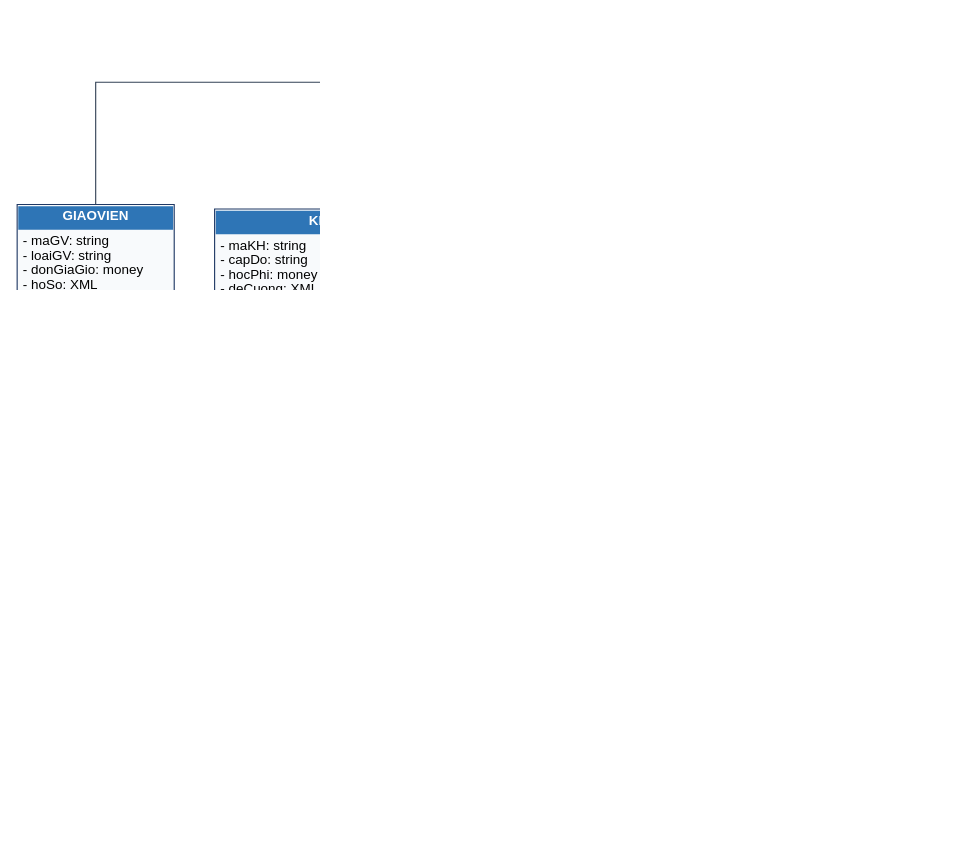
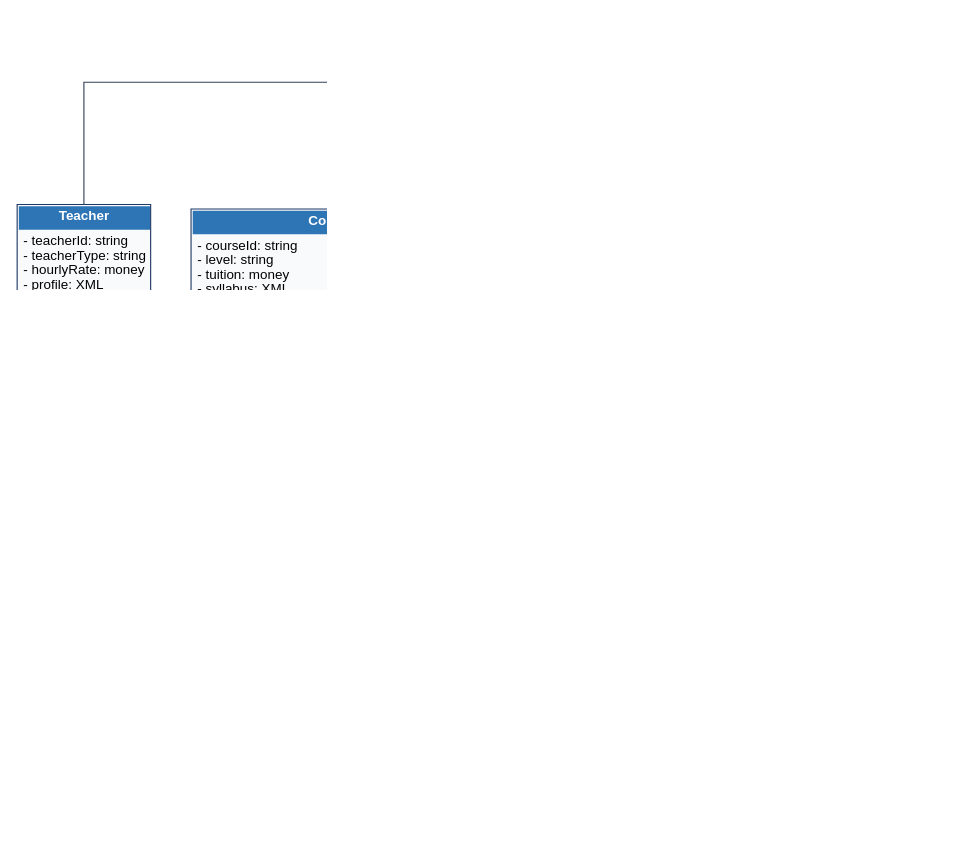
One commit to nhutruong-uit/imcp changed the diagram in docs/report/diagrams/cd_lop.dot. Above: the diagram before and after it, drawn with Graphviz. The commit also changed 78 other files, not shown here.

```diff
--- a/docs/report/diagrams/cd_lop.dot
+++ b/docs/report/diagrams/cd_lop.dot
@@ -1,58 +1,58 @@
 // Mô hình CD (UML Class Diagram) - mức quan niệm hướng đối tượng
 digraph CD {
   graph [rankdir=BT, splines=ortho, nodesep=0.5, ranksep=0.7, fontname="Arial", dpi=220, pad=0.2];
   node  [shape=plain, fontname="Arial", fontsize=12];
   edge  [fontname="Arial", fontsize=11, color="#334155"];
 
-  NGUOI [label=<<TABLE BORDER="1" CELLBORDER="0" CELLSPACING="0" CELLPADDING="4" BGCOLOR="#F8FAFC" COLOR="#1F3864">
-    <TR><TD BGCOLOR="#1F3864"><FONT COLOR="white"><I><B>NGUOI</B></I> (trừu tượng)</FONT></TD></TR>
-    <TR><TD ALIGN="LEFT"># hoTen: string<BR ALIGN="LEFT"/># ngaySinh: date<BR ALIGN="LEFT"/># gioiTinh: string<BR ALIGN="LEFT"/># soDienThoai: string<BR ALIGN="LEFT"/># email: string<BR ALIGN="LEFT"/></TD></TR>
-    <TR><TD ALIGN="LEFT">+ tuoi(ngay): int<BR ALIGN="LEFT"/></TD></TR></TABLE>>];
-  HOCVIEN [label=<<TABLE BORDER="1" CELLBORDER="0" CELLSPACING="0" CELLPADDING="4" BGCOLOR="#F8FAFC" COLOR="#1F3864">
-    <TR><TD BGCOLOR="#2E75B6"><FONT COLOR="white"><B>HOCVIEN</B></FONT></TD></TR>
-    <TR><TD ALIGN="LEFT">- maHV: string<BR ALIGN="LEFT"/>- tenPhuHuynh: string<BR ALIGN="LEFT"/>- sdtPhuHuynh: string<BR ALIGN="LEFT"/>- trangThai: string<BR ALIGN="LEFT"/></TD></TR>
-    <TR><TD ALIGN="LEFT">+ ghiDanh(lop)<BR ALIGN="LEFT"/>+ congNo(): money<BR ALIGN="LEFT"/>+ canPhuHuynh(): bool<BR ALIGN="LEFT"/></TD></TR></TABLE>>];
-  GIAOVIEN [label=<<TABLE BORDER="1" CELLBORDER="0" CELLSPACING="0" CELLPADDING="4" BGCOLOR="#F8FAFC" COLOR="#1F3864">
-    <TR><TD BGCOLOR="#2E75B6"><FONT COLOR="white"><B>GIAOVIEN</B></FONT></TD></TR>
-    <TR><TD ALIGN="LEFT">- maGV: string<BR ALIGN="LEFT"/>- loaiGV: string<BR ALIGN="LEFT"/>- donGiaGio: money<BR ALIGN="LEFT"/>- hoSo: XML<BR ALIGN="LEFT"/></TD></TR>
-    <TR><TD ALIGN="LEFT">+ lichDay(tu, den)<BR ALIGN="LEFT"/>+ tinhLuong(thang, nam)<BR ALIGN="LEFT"/></TD></TR></TABLE>>];
-  NHANVIEN [label=<<TABLE BORDER="1" CELLBORDER="0" CELLSPACING="0" CELLPADDING="4" BGCOLOR="#F8FAFC" COLOR="#1F3864">
-    <TR><TD BGCOLOR="#2E75B6"><FONT COLOR="white"><B>NHANVIEN</B></FONT></TD></TR>
-    <TR><TD ALIGN="LEFT">- maNV: string<BR ALIGN="LEFT"/>- chucVu: string<BR ALIGN="LEFT"/>- luongCoBan: money<BR ALIGN="LEFT"/></TD></TR>
-    <TR><TD ALIGN="LEFT">+ lapPhieuThu(...)<BR ALIGN="LEFT"/></TD></TR></TABLE>>];
-  LOPHOC [label=<<TABLE BORDER="1" CELLBORDER="0" CELLSPACING="0" CELLPADDING="4" BGCOLOR="#F8FAFC" COLOR="#1F3864">
-    <TR><TD BGCOLOR="#2E75B6"><FONT COLOR="white"><B>LOPHOC</B></FONT></TD></TR>
-    <TR><TD ALIGN="LEFT">- maLop: string<BR ALIGN="LEFT"/>- ngayKhaiGiang: date<BR ALIGN="LEFT"/>- siSoToiDa: int<BR ALIGN="LEFT"/>- lichHoc: set(LichHoc)<BR ALIGN="LEFT"/></TD></TR>
-    <TR><TD ALIGN="LEFT">+ taoBuoiHoc()<BR ALIGN="LEFT"/>+ xetKetQua()<BR ALIGN="LEFT"/>+ siSoHienTai(): int<BR ALIGN="LEFT"/></TD></TR></TABLE>>];
-  KHOAHOC [label=<<TABLE BORDER="1" CELLBORDER="0" CELLSPACING="0" CELLPADDING="4" BGCOLOR="#F8FAFC" COLOR="#1F3864">
-    <TR><TD BGCOLOR="#2E75B6"><FONT COLOR="white"><B>KHOAHOC</B></FONT></TD></TR>
-    <TR><TD ALIGN="LEFT">- maKH: string<BR ALIGN="LEFT"/>- capDo: string<BR ALIGN="LEFT"/>- hocPhi: money<BR ALIGN="LEFT"/>- deCuong: XML<BR ALIGN="LEFT"/>- tienQuyet: KHOAHOC [0..1]<BR ALIGN="LEFT"/>- thanhPhanDiem: set(tuple(ten, trongSo))<BR ALIGN="LEFT"/></TD></TR></TABLE>>];
-  GHIDANH [label=<<TABLE BORDER="1" CELLBORDER="0" CELLSPACING="0" CELLPADDING="4" BGCOLOR="#EEF2FF" COLOR="#1F3864">
-    <TR><TD BGCOLOR="#4F46E5"><FONT COLOR="white"><B>GHIDANH</B> (lớp liên kết)</FONT></TD></TR>
-    <TR><TD ALIGN="LEFT">- maGD: string<BR ALIGN="LEFT"/>- hocPhiPhaiDong: money<BR ALIGN="LEFT"/>- /daDong: money<BR ALIGN="LEFT"/>- ketQua: string<BR ALIGN="LEFT"/></TD></TR>
-    <TR><TD ALIGN="LEFT">+ thuHocPhi(soTien)<BR ALIGN="LEFT"/>+ diemTongKet(): decimal<BR ALIGN="LEFT"/>+ chuyenLop(lopMoi)<BR ALIGN="LEFT"/></TD></TR></TABLE>>];
-  PHIEUTHU [label=<<TABLE BORDER="1" CELLBORDER="0" CELLSPACING="0" CELLPADDING="4" BGCOLOR="#F8FAFC" COLOR="#1F3864">
-    <TR><TD BGCOLOR="#2E75B6"><FONT COLOR="white"><B>PHIEUTHU</B></FONT></TD></TR>
-    <TR><TD ALIGN="LEFT">- maPT, ngayThu, soTien, hinhThuc<BR ALIGN="LEFT"/></TD></TR>
-    <TR><TD ALIGN="LEFT">+ huy(lyDo)<BR ALIGN="LEFT"/></TD></TR></TABLE>>];
-  BUOIHOC [label=<<TABLE BORDER="1" CELLBORDER="0" CELLSPACING="0" CELLPADDING="4" BGCOLOR="#F8FAFC" COLOR="#1F3864">
-    <TR><TD BGCOLOR="#2E75B6"><FONT COLOR="white"><B>BUOIHOC</B></FONT></TD></TR>
-    <TR><TD ALIGN="LEFT">- stt, ngayHoc, gio, trangThai<BR ALIGN="LEFT"/>- diemDanh: set(tuple(hocVien, trangThai))<BR ALIGN="LEFT"/></TD></TR></TABLE>>];
-  CHINHANH [label=<<TABLE BORDER="1" CELLBORDER="0" CELLSPACING="0" CELLPADDING="4" BGCOLOR="#F8FAFC" COLOR="#1F3864">
-    <TR><TD BGCOLOR="#2E75B6"><FONT COLOR="white"><B>CHINHANH</B></FONT></TD></TR>
-    <TR><TD ALIGN="LEFT">- maCN, tenCN, diaChi<BR ALIGN="LEFT"/>- phongHoc: set(PhongHoc)<BR ALIGN="LEFT"/></TD></TR></TABLE>>];
+  PERSON [label=<<TABLE BORDER="1" CELLBORDER="0" CELLSPACING="0" CELLPADDING="4" BGCOLOR="#F8FAFC" COLOR="#1F3864">
+    <TR><TD BGCOLOR="#1F3864"><FONT COLOR="white"><I><B>Person</B></I> (trừu tượng)</FONT></TD></TR>
+    <TR><TD ALIGN="LEFT"># fullName: string<BR ALIGN="LEFT"/># dateOfBirth: date<BR ALIGN="LEFT"/># gender: string<BR ALIGN="LEFT"/># phone: string<BR ALIGN="LEFT"/># email: string<BR ALIGN="LEFT"/></TD></TR>
+    <TR><TD ALIGN="LEFT">+ age(date): int<BR ALIGN="LEFT"/></TD></TR></TABLE>>];
+  STUDENT [label=<<TABLE BORDER="1" CELLBORDER="0" CELLSPACING="0" CELLPADDING="4" BGCOLOR="#F8FAFC" COLOR="#1F3864">
+    <TR><TD BGCOLOR="#2E75B6"><FONT COLOR="white"><B>Student</B></FONT></TD></TR>
+    <TR><TD ALIGN="LEFT">- studentId: string<BR ALIGN="LEFT"/>- guardianName: string<BR ALIGN="LEFT"/>- guardianPhone: string<BR ALIGN="LEFT"/>- status: string<BR ALIGN="LEFT"/></TD></TR>
+    <TR><TD ALIGN="LEFT">+ enroll(class)<BR ALIGN="LEFT"/>+ balance(): money<BR ALIGN="LEFT"/>+ needsGuardian(): bool<BR ALIGN="LEFT"/></TD></TR></TABLE>>];
+  TEACHER [label=<<TABLE BORDER="1" CELLBORDER="0" CELLSPACING="0" CELLPADDING="4" BGCOLOR="#F8FAFC" COLOR="#1F3864">
+    <TR><TD BGCOLOR="#2E75B6"><FONT COLOR="white"><B>Teacher</B></FONT></TD></TR>
+    <TR><TD ALIGN="LEFT">- teacherId: string<BR ALIGN="LEFT"/>- teacherType: string<BR ALIGN="LEFT"/>- hourlyRate: money<BR ALIGN="LEFT"/>- profile: XML<BR ALIGN="LEFT"/></TD></TR>
+    <TR><TD ALIGN="LEFT">+ schedule(from, to)<BR ALIGN="LEFT"/>+ pay(month, year)<BR ALIGN="LEFT"/></TD></TR></TABLE>>];
+  EMPLOYEE [label=<<TABLE BORDER="1" CELLBORDER="0" CELLSPACING="0" CELLPADDING="4" BGCOLOR="#F8FAFC" COLOR="#1F3864">
+    <TR><TD BGCOLOR="#2E75B6"><FONT COLOR="white"><B>Employee</B></FONT></TD></TR>
+    <TR><TD ALIGN="LEFT">- employeeId: string<BR ALIGN="LEFT"/>- position: string<BR ALIGN="LEFT"/>- baseSalary: money<BR ALIGN="LEFT"/></TD></TR>
+    <TR><TD ALIGN="LEFT">+ issueReceipt(...)<BR ALIGN="LEFT"/></TD></TR></TABLE>>];
+  CLASS [label=<<TABLE BORDER="1" CELLBORDER="0" CELLSPACING="0" CELLPADDING="4" BGCOLOR="#F8FAFC" COLOR="#1F3864">
+    <TR><TD BGCOLOR="#2E75B6"><FONT COLOR="white"><B>Class</B></FONT></TD></TR>
+    <TR><TD ALIGN="LEFT">- classId: string<BR ALIGN="LEFT"/>- startDate: date<BR ALIGN="LEFT"/>- maxStudents: int<BR ALIGN="LEFT"/>- schedule: set(tuple(weekday, startTime, endTime))<BR ALIGN="LEFT"/></TD></TR>
+    <TR><TD ALIGN="LEFT">+ generateSessions()<BR ALIGN="LEFT"/>+ evaluateResults()<BR ALIGN="LEFT"/>+ enrolledCount(): int<BR ALIGN="LEFT"/></TD></TR></TABLE>>];
+  COURSE [label=<<TABLE BORDER="1" CELLBORDER="0" CELLSPACING="0" CELLPADDING="4" BGCOLOR="#F8FAFC" COLOR="#1F3864">
+    <TR><TD BGCOLOR="#2E75B6"><FONT COLOR="white"><B>Course</B></FONT></TD></TR>
+    <TR><TD ALIGN="LEFT">- courseId: string<BR ALIGN="LEFT"/>- level: string<BR ALIGN="LEFT"/>- tuition: money<BR ALIGN="LEFT"/>- syllabus: XML<BR ALIGN="LEFT"/>- prerequisite: Course [0..1]<BR ALIGN="LEFT"/>- gradeComponents: set(tuple(name, weight))<BR ALIGN="LEFT"/></TD></TR></TABLE>>];
+  ENROLLMENT [label=<<TABLE BORDER="1" CELLBORDER="0" CELLSPACING="0" CELLPADDING="4" BGCOLOR="#EEF2FF" COLOR="#1F3864">
+    <TR><TD BGCOLOR="#4F46E5"><FONT COLOR="white"><B>Enrollment</B> (lớp liên kết)</FONT></TD></TR>
+    <TR><TD ALIGN="LEFT">- enrollmentId: string<BR ALIGN="LEFT"/>- tuitionDue: money<BR ALIGN="LEFT"/>- /amountPaid: money<BR ALIGN="LEFT"/>- result: string<BR ALIGN="LEFT"/></TD></TR>
+    <TR><TD ALIGN="LEFT">+ pay(amount)<BR ALIGN="LEFT"/>+ finalGrade(): decimal<BR ALIGN="LEFT"/>+ transfer(newClass)<BR ALIGN="LEFT"/></TD></TR></TABLE>>];
+  RECEIPT [label=<<TABLE BORDER="1" CELLBORDER="0" CELLSPACING="0" CELLPADDING="4" BGCOLOR="#F8FAFC" COLOR="#1F3864">
+    <TR><TD BGCOLOR="#2E75B6"><FONT COLOR="white"><B>Receipt</B></FONT></TD></TR>
+    <TR><TD ALIGN="LEFT">- receiptId, paidAt, amount, paymentMethod<BR ALIGN="LEFT"/></TD></TR>
+    <TR><TD ALIGN="LEFT">+ cancel(reason)<BR ALIGN="LEFT"/></TD></TR></TABLE>>];
+  CLASS_SESSION [label=<<TABLE BORDER="1" CELLBORDER="0" CELLSPACING="0" CELLPADDING="4" BGCOLOR="#F8FAFC" COLOR="#1F3864">
+    <TR><TD BGCOLOR="#2E75B6"><FONT COLOR="white"><B>ClassSession</B></FONT></TD></TR>
+    <TR><TD ALIGN="LEFT">- sessionNo, sessionDate, time, status<BR ALIGN="LEFT"/>- attendance: set(tuple(student, status))<BR ALIGN="LEFT"/></TD></TR></TABLE>>];
+  BRANCH [label=<<TABLE BORDER="1" CELLBORDER="0" CELLSPACING="0" CELLPADDING="4" BGCOLOR="#F8FAFC" COLOR="#1F3864">
+    <TR><TD BGCOLOR="#2E75B6"><FONT COLOR="white"><B>Branch</B></FONT></TD></TR>
+    <TR><TD ALIGN="LEFT">- branchId, branchName, address<BR ALIGN="LEFT"/>- rooms: set(Room)<BR ALIGN="LEFT"/></TD></TR></TABLE>>];
 
   // Kế thừa (tổng quát hóa)
-  HOCVIEN -> NGUOI [arrowhead=empty, arrowsize=1.3];
-  GIAOVIEN -> NGUOI [arrowhead=empty, arrowsize=1.3];
-  NHANVIEN -> NGUOI [arrowhead=empty, arrowsize=1.3];
+  STUDENT -> PERSON [arrowhead=empty, arrowsize=1.3];
+  TEACHER -> PERSON [arrowhead=empty, arrowsize=1.3];
+  EMPLOYEE -> PERSON [arrowhead=empty, arrowsize=1.3];
 
   // Kết hợp với bản số UML
-  GHIDANH -> HOCVIEN [arrowhead=none, taillabel="0..*", headlabel="1"];
-  GHIDANH -> LOPHOC [arrowhead=none, taillabel="0..*", headlabel="1"];
-  PHIEUTHU -> GHIDANH [arrowhead=odiamond, taillabel="0..*", headlabel="1"];
-  LOPHOC -> KHOAHOC [arrowhead=none, taillabel="0..*", headlabel="1"];
-  LOPHOC -> GIAOVIEN [arrowhead=none, taillabel="0..*", headlabel="1"];
-  BUOIHOC -> LOPHOC [arrowhead=diamond, taillabel="1..*", headlabel="1"];
-  LOPHOC -> CHINHANH [arrowhead=none, taillabel="0..*", headlabel="1"];
+  ENROLLMENT -> STUDENT [arrowhead=none, taillabel="0..*", headlabel="1"];
+  ENROLLMENT -> CLASS [arrowhead=none, taillabel="0..*", headlabel="1"];
+  RECEIPT -> ENROLLMENT [arrowhead=odiamond, taillabel="0..*", headlabel="1"];
+  CLASS -> COURSE [arrowhead=none, taillabel="0..*", headlabel="1"];
+  CLASS -> TEACHER [arrowhead=none, taillabel="0..*", headlabel="1"];
+  CLASS_SESSION -> CLASS [arrowhead=diamond, taillabel="1..*", headlabel="1"];
+  CLASS -> BRANCH [arrowhead=none, taillabel="0..*", headlabel="1"];
 }
```
